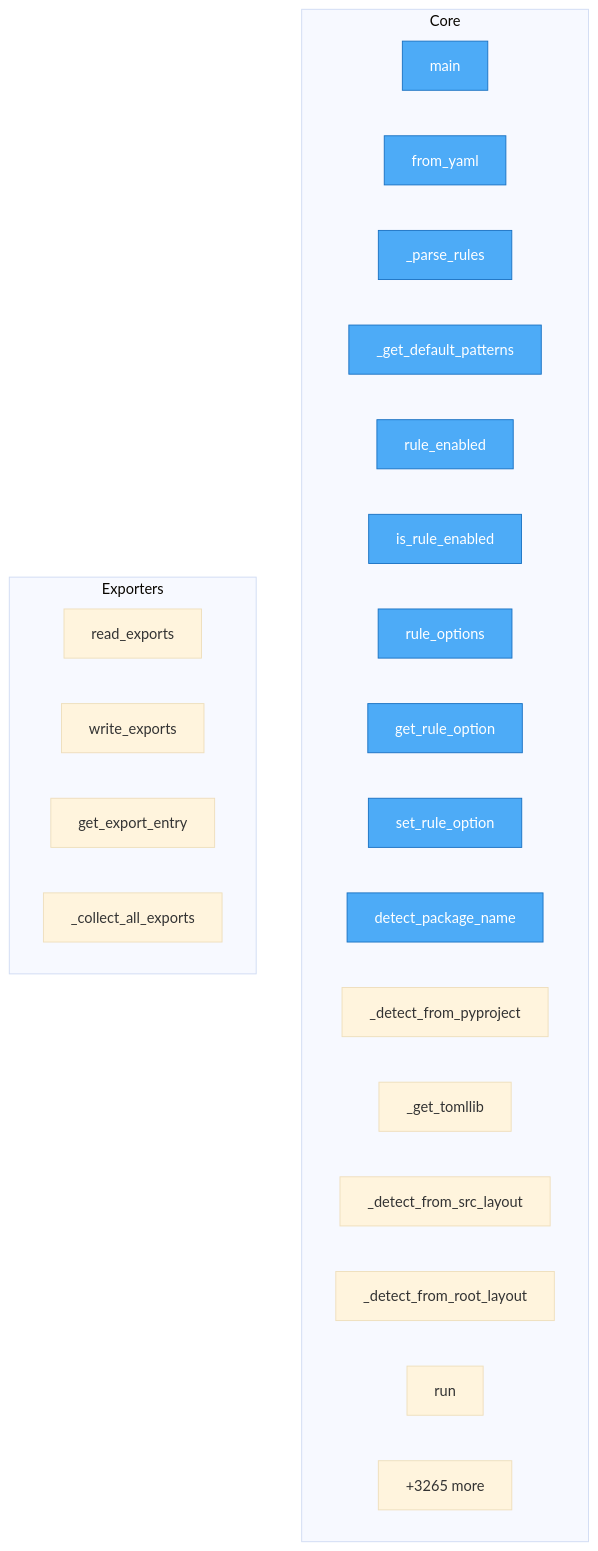
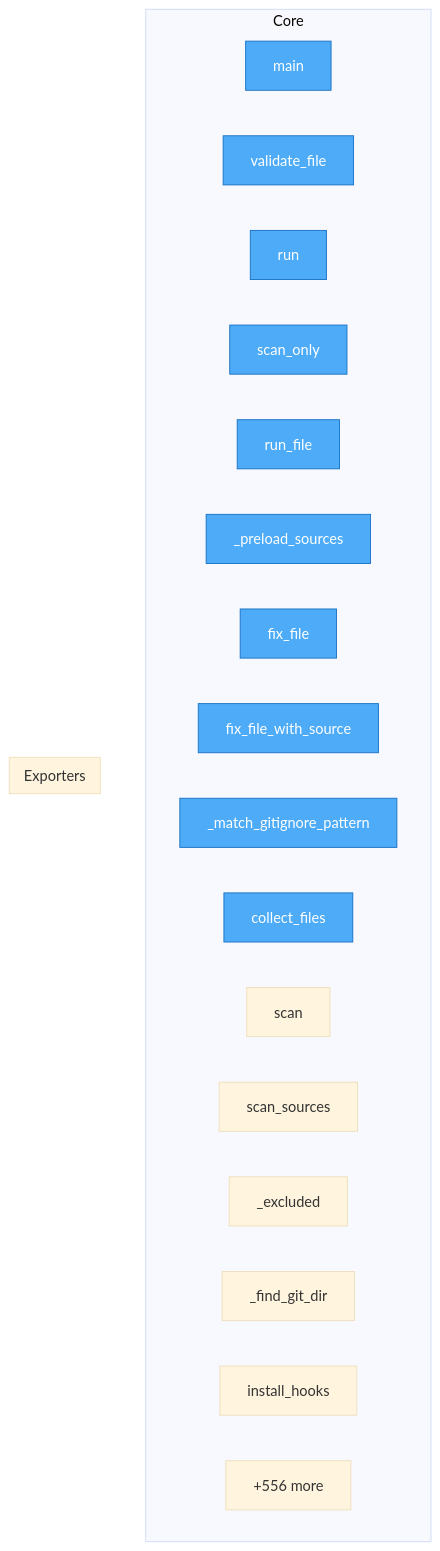
Before and after one commit to semcod/prefact: the diagram in project/flow.mmd, drawn with Mermaid (base theme). The commit also changed 25 other files, not shown here.

```diff
--- a/project/flow.mmd
+++ b/project/flow.mmd
@@ -1,32 +1,29 @@
 flowchart TD
+%% generated in 0.01s
 
     %% Entry points (blue)
     classDef entry fill:#4dabf7,stroke:#1971c2,color:#fff
 
     subgraph Core
         benchmark_ram_optimization__main["main"]
-        src__prefact__config__Config__from_yaml["from_yaml"]
-        src__prefact__config__Config___parse_rules["_parse_rules"]
-        src__prefact__config__Config___get_default_patterns["_get_default_patterns"]
-        src__prefact__config__Config__rule_enabled["rule_enabled"]
-        src__prefact__config__Config__is_rule_enabled["is_rule_enabled"]
-        src__prefact__config__Config__rule_options["rule_options"]
-        src__prefact__config__Config__get_rule_option["get_rule_option"]
-        src__prefact__config__Config__set_rule_option["set_rule_option"]
-        src__prefact__config__Config__detect_package_name["detect_package_name"]
-        src__prefact__config__Config___detect_from_pyproject["_detect_from_pyproject"]
-        src__prefact__config__Config___get_tomllib["_get_tomllib"]
-        src__prefact__config__Config___detect_from_src_layout["_detect_from_src_layout"]
-        src__prefact__config__Config___detect_from_root_layout["_detect_from_root_layout"]
+        src__prefact__validator__Validator__validate_file["validate_file"]
         src__prefact__engine__RefactoringEngine__run["run"]
-        ...["+3265 more"]
+        src__prefact__engine__RefactoringEngine__scan_only["scan_only"]
+        src__prefact__engine__RefactoringEngine__run_file["run_file"]
+        src__prefact__engine__RefactoringEngine___preload_sources["_preload_sources"]
+        src__prefact__fixer__Fixer__fix_file["fix_file"]
+        src__prefact__fixer__Fixer__fix_file_with_source["fix_file_with_source"]
+        src__prefact__scanner___match_gitignore_pattern["_match_gitignore_pattern"]
+        src__prefact__scanner__Scanner__collect_files["collect_files"]
+        src__prefact__scanner__Scanner__scan["scan"]
+        src__prefact__scanner__Scanner__scan_sources["scan_sources"]
+        src__prefact__scanner__Scanner___excluded["_excluded"]
+        src__prefact__git_hooks__GitHooks___find_git_dir["_find_git_dir"]
+        src__prefact__git_hooks__GitHooks__install_hooks["install_hooks"]
+        ...["+556 more"]
     end
 
     subgraph Exporters
-        project__map__toon__read_exports["read_exports"]
-        project__map__toon__write_exports["write_exports"]
-        project__map__toon__get_export_entry["get_export_entry"]
-        project__map__toon___collect_all_exports["_collect_all_exports"]
     end
 
-    class benchmark_ram_optimization__main,src__prefact__config__Config__from_yaml,src__prefact__config__Config___parse_rules,src__prefact__config__Config___get_default_patterns,src__prefact__config__Config__rule_enabled,src__prefact__config__Config__is_rule_enabled,src__prefact__config__Config__rule_options,src__prefact__config__Config__get_rule_option,src__prefact__config__Config__set_rule_option,src__prefact__config__Config__detect_package_name entry
+    class benchmark_ram_optimization__main,src__prefact__validator__Validator__validate_file,src__prefact__engine__RefactoringEngine__run,src__prefact__engine__RefactoringEngine__scan_only,src__prefact__engine__RefactoringEngine__run_file,src__prefact__engine__RefactoringEngine___preload_sources,src__prefact__fixer__Fixer__fix_file,src__prefact__fixer__Fixer__fix_file_with_source,src__prefact__scanner___match_gitignore_pattern,src__prefact__scanner__Scanner__collect_files entry
```
